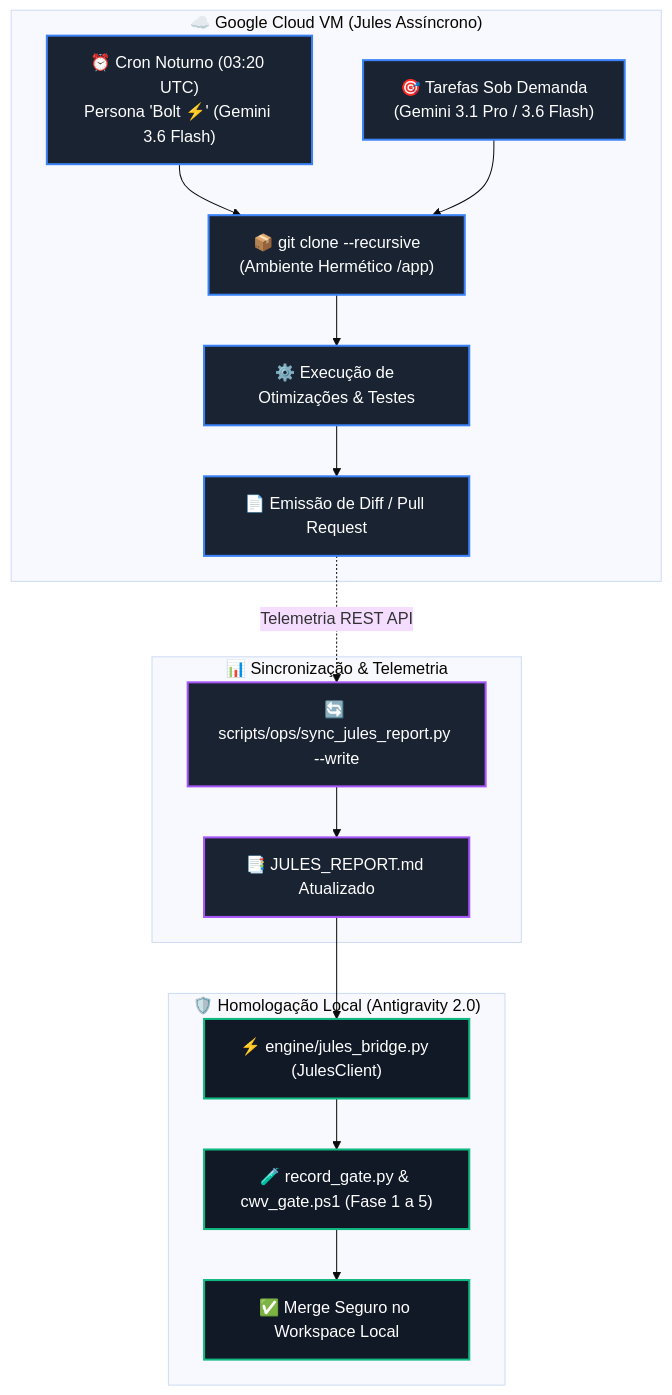
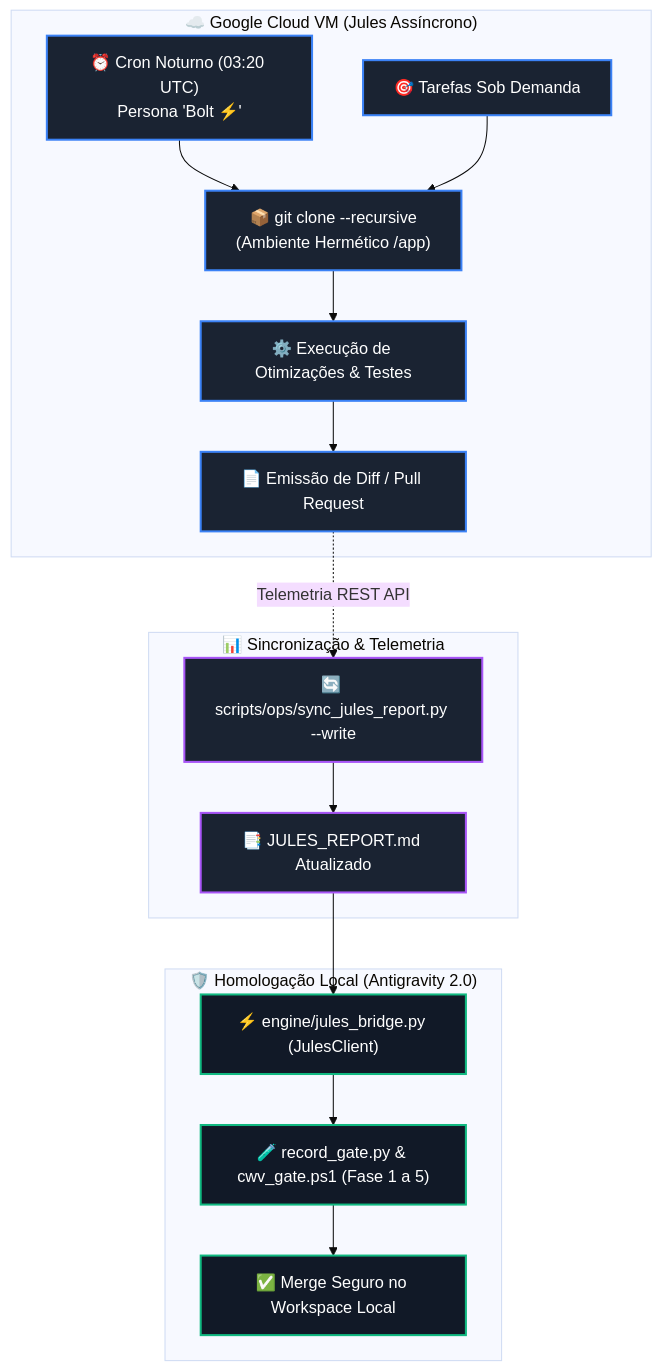
Before and after one commit to RaphaelVitoi/Site: the diagram in .agents/skills/google-jules-cloud/SKILL.md, drawn with Mermaid (base theme). The commit also changed other lines of this file and 27 other files, not shown here.

````diff
--- a/.agents/skills/google-jules-cloud/SKILL.md
+++ b/.agents/skills/google-jules-cloud/SKILL.md
@@ -37,32 +51,32 @@
 ```mermaid
 flowchart TD
     subgraph Nuvem["☁️ Google Cloud VM (Jules Assíncrono)"]
-        Cron["⏰ Cron Noturno (03:20 UTC)\nPersona 'Bolt ⚡' (Gemini 3.6 Flash)"]
-        Task["🎯 Tarefas Sob Demanda\n(Gemini 3.1 Pro / 3.6 Flash)"]
+        Cron["⏰ Cron Noturno (03:20 UTC)\nPersona 'Bolt ⚡'"]
+        Task["🎯 Tarefas Sob Demanda"]
         Clone["📦 git clone --recursive\n(Ambiente Hermético /app)"]
         Exec["⚙️ Execução de Otimizações & Testes"]
         Diff["📄 Emissão de Diff / Pull Request"]
         Cron --> Clone --> Exec --> Diff
         Task --> Clone
     end
 
     subgraph Rastreamento["📊 Sincronização & Telemetria"]
         Sync["🔄 scripts/ops/sync_jules_report.py --write"]
         Report["📑 JULES_REPORT.md Atualizado"]
         Diff -.->|Telemetria REST API| Sync --> Report
     end
 
     subgraph Validacao["🛡️ Homologação Local (Antigravity 2.0)"]
         Bridge["⚡ engine/jules_bridge.py (JulesClient)"]
         Gate["🧪 record_gate.py & cwv_gate.ps1 (Fase 1 a 5)"]
         Apply["✅ Merge Seguro no Workspace Local"]
         Report --> Bridge --> Gate --> Apply
     end
 
     classDef cloud fill:#1a2332,stroke:#3b82f6,stroke-width:2px,color:#fff;
     classDef sync fill:#1a2332,stroke:#a855f7,stroke-width:2px,color:#fff;
     classDef local fill:#111927,stroke:#10b981,stroke-width:2px,color:#fff;
     class Cron,Task,Clone,Exec,Diff cloud;
     class Sync,Report sync;
     class Bridge,Gate,Apply local;
 ```
````
